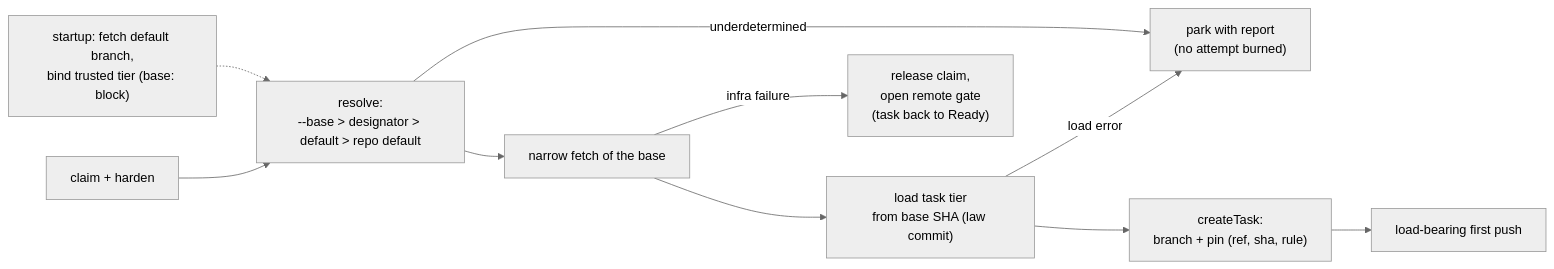
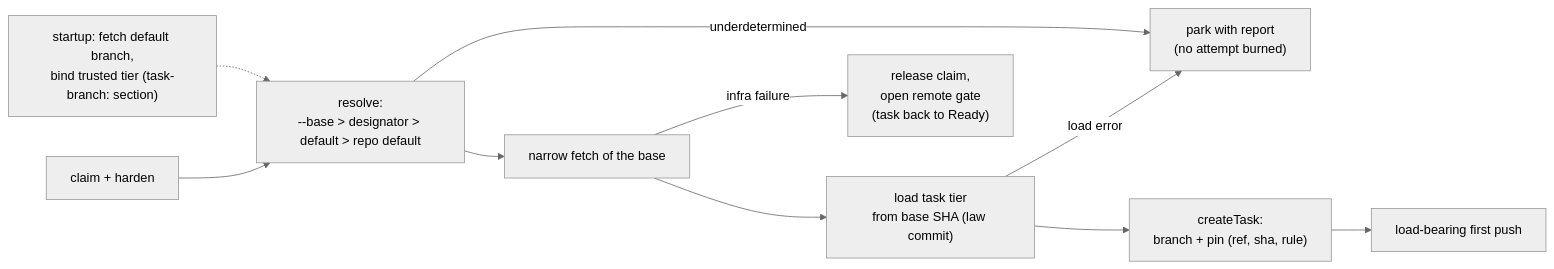
One commit to oinsio/gnomish-factory changed the diagram in openspec/changes/add-base-ref-resolution/design.md. Above: the diagram before and after it, drawn with Mermaid (neutral theme). The commit also changed other lines of this file and 7 other files, not shown here.

First line of the commit message:
openspec: rename base: config section to task-branch.base with allowed list

````diff
--- a/openspec/changes/add-base-ref-resolution/design.md
+++ b/openspec/changes/add-base-ref-resolution/design.md
@@ -341,12 +417,12 @@
 ```mermaid
 flowchart LR
-    Start["startup: fetch default branch,<br/>bind trusted tier (base: block)"] -.-> Resolve
+    Start["startup: fetch default branch,<br/>bind trusted tier (task-branch: section)"] -.-> Resolve
     Claim["claim + harden"] --> Resolve["resolve:<br/>--base > designator > default > repo default"]
     Resolve -->|underdetermined| Park["park with report<br/>(no attempt burned)"]
     Resolve --> Fetch["narrow fetch of the base"]
     Fetch -->|infra failure| Release["release claim,<br/>open remote gate<br/>(task back to Ready)"]
     Fetch --> Law["load task tier<br/>from base SHA (law commit)"]
     Law -->|load error| Park
     Law --> Create["createTask:<br/>branch + pin (ref, sha, rule)"]
     Create --> Push["load-bearing first push"]
 ```
````
